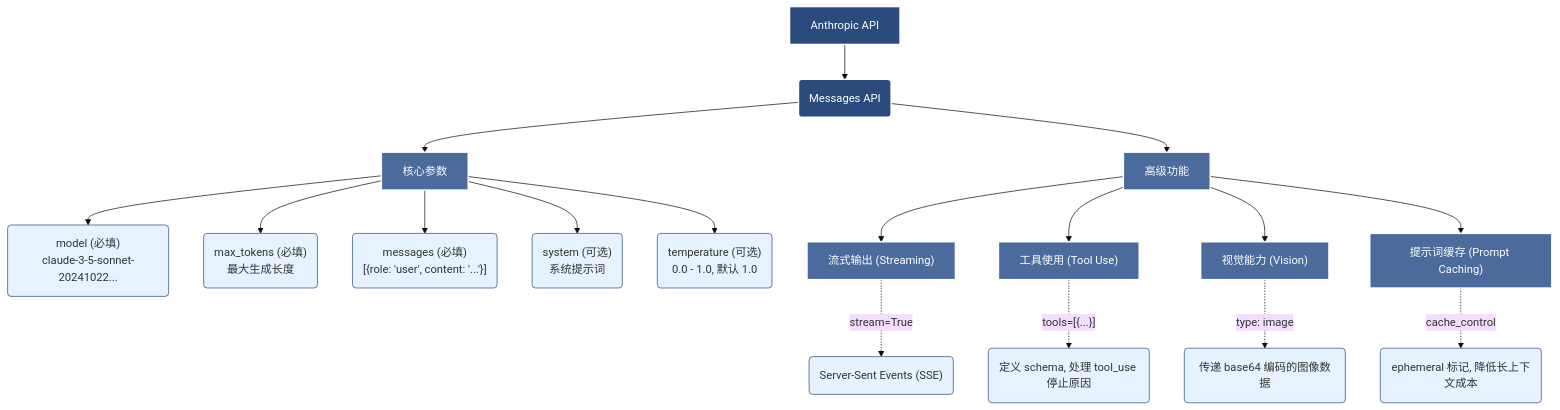
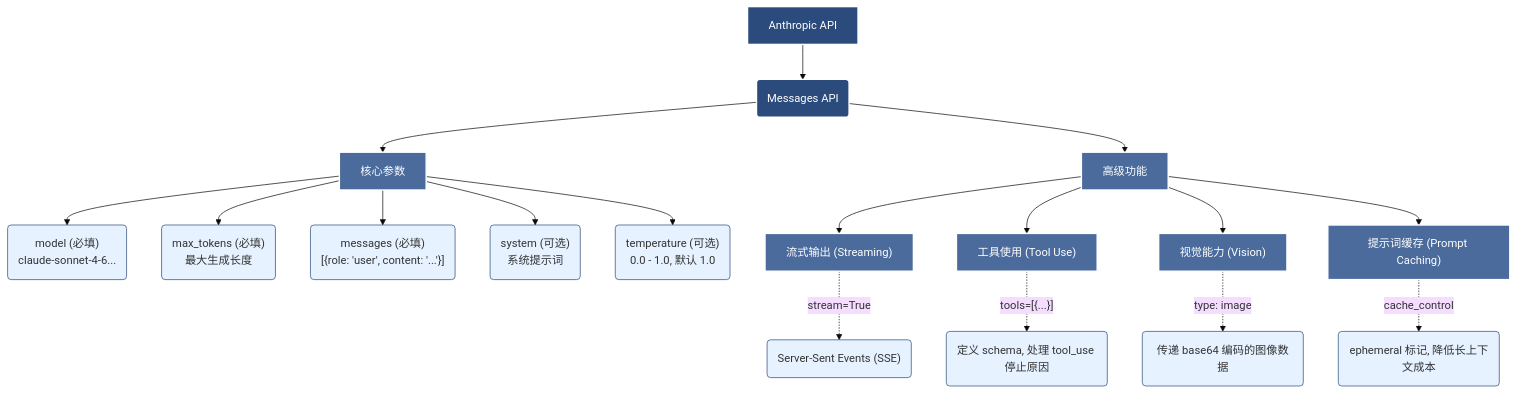
Before and after one commit to yeasy/claude_guide: the diagram in 12_appendix/12.1_api_ref.md, drawn with Mermaid (base theme).

Commit message:
Update model ID in API Mermaid diagram

````diff
--- a/12_appendix/12.1_api_ref.md
+++ b/12_appendix/12.1_api_ref.md
@@ -6,27 +6,27 @@
 ```mermaid
 graph TD
     classDef core fill:#2a4b7c,stroke:#fff,stroke-width:2px,color:#fff;
     classDef feature fill:#4a6b9c,stroke:#fff,stroke-width:2px,color:#fff;
     classDef param fill:#e6f2ff,stroke:#2a4b7c,stroke-width:1px,color:#333;
 
     A[Anthropic API]:::core --> B(Messages API):::core
     
     B --> C1[核心参数]:::feature
     B --> C2[高级功能]:::feature
     
-    C1 --> P1("model (必填)<br>claude-3-5-sonnet-20241022..."):::param
+    C1 --> P1("model (必填)<br>claude-sonnet-4-6..."):::param
     C1 --> P2("max_tokens (必填)<br>最大生成长度"):::param
     C1 --> P3("messages (必填)<br>[{role: 'user', content: '...'}]"):::param
     C1 --> P4("system (可选)<br>系统提示词"):::param
     C1 --> P5("temperature (可选)<br>0.0 - 1.0, 默认 1.0"):::param
 
     C2 --> F1["流式输出 (Streaming)"]:::feature
     C2 --> F2["工具使用 (Tool Use)"]:::feature
     C2 --> F3["视觉能力 (Vision)"]:::feature
     C2 --> F4["提示词缓存 (Prompt Caching)"]:::feature
 
     F1 -.-> |"stream=True"| S1("Server-Sent Events (SSE)"):::param
     F2 -.-> |"tools=[{...}]"| S2("定义 schema, 处理 tool_use 停止原因"):::param
     F3 -.-> |"type: image"| S3("传递 base64 编码的图像数据"):::param
     F4 -.-> |"cache_control"| S4("ephemeral 标记, 降低长上下文成本"):::param
 ```
````
